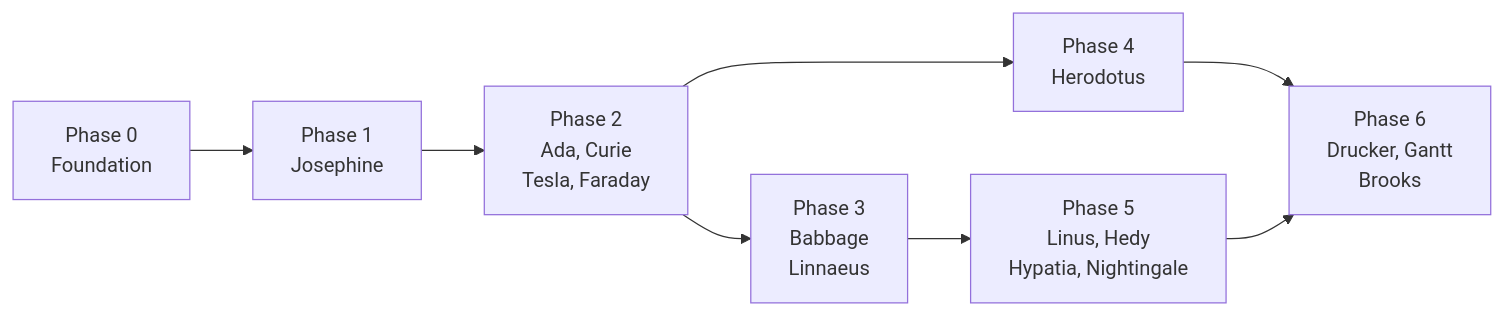
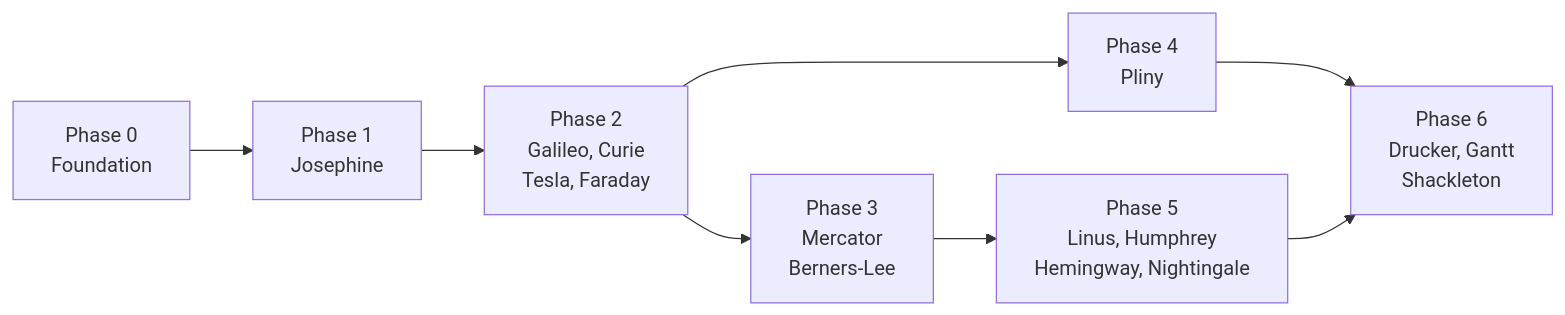
The second of 2 diagrams in docs/workforce/README.md (jmac-cornelis/agent-workforce), drawn with Mermaid before and after one commit. The commit also changed other lines of this file and 157 other files, not shown here.

````diff
--- a/docs/workforce/README.md
+++ b/docs/workforce/README.md
@@ -244,10 +244,10 @@
 ```mermaid
 graph LR
     P0[Phase 0<br/>Foundation] --> P1[Phase 1<br/>Josephine]
-    P1 --> P2[Phase 2<br/>Ada, Curie<br/>Tesla, Faraday]
-    P2 --> P3[Phase 3<br/>Babbage<br/>Linnaeus]
-    P3 --> P5[Phase 5<br/>Linus, Hedy<br/>Hypatia, Nightingale]
-    P2 --> P4[Phase 4<br/>Herodotus]
-    P4 --> P6[Phase 6<br/>Drucker, Gantt<br/>Brooks]
+    P1 --> P2[Phase 2<br/>Galileo, Curie<br/>Tesla, Faraday]
+    P2 --> P3[Phase 3<br/>Mercator<br/>Berners-Lee]
+    P3 --> P5[Phase 5<br/>Linus, Humphrey<br/>Hemingway, Nightingale]
+    P2 --> P4[Phase 4<br/>Pliny]
+    P4 --> P6[Phase 6<br/>Drucker, Gantt<br/>Shackleton]
     P5 --> P6
 ```
````
